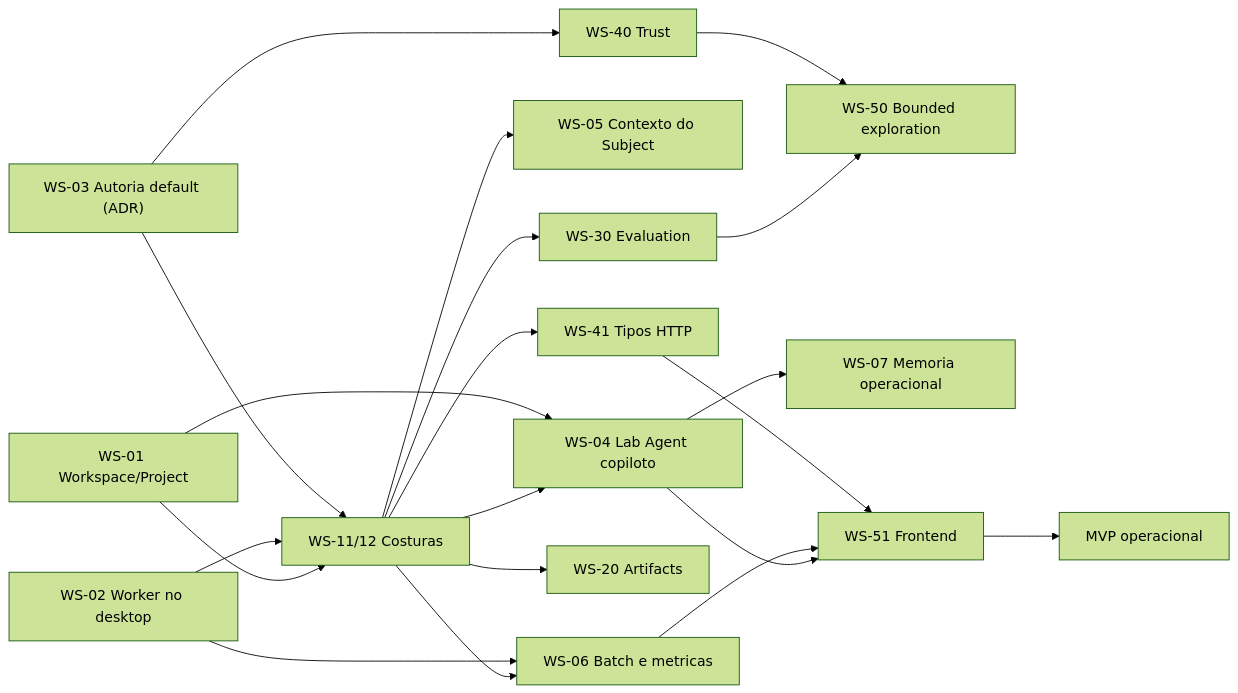
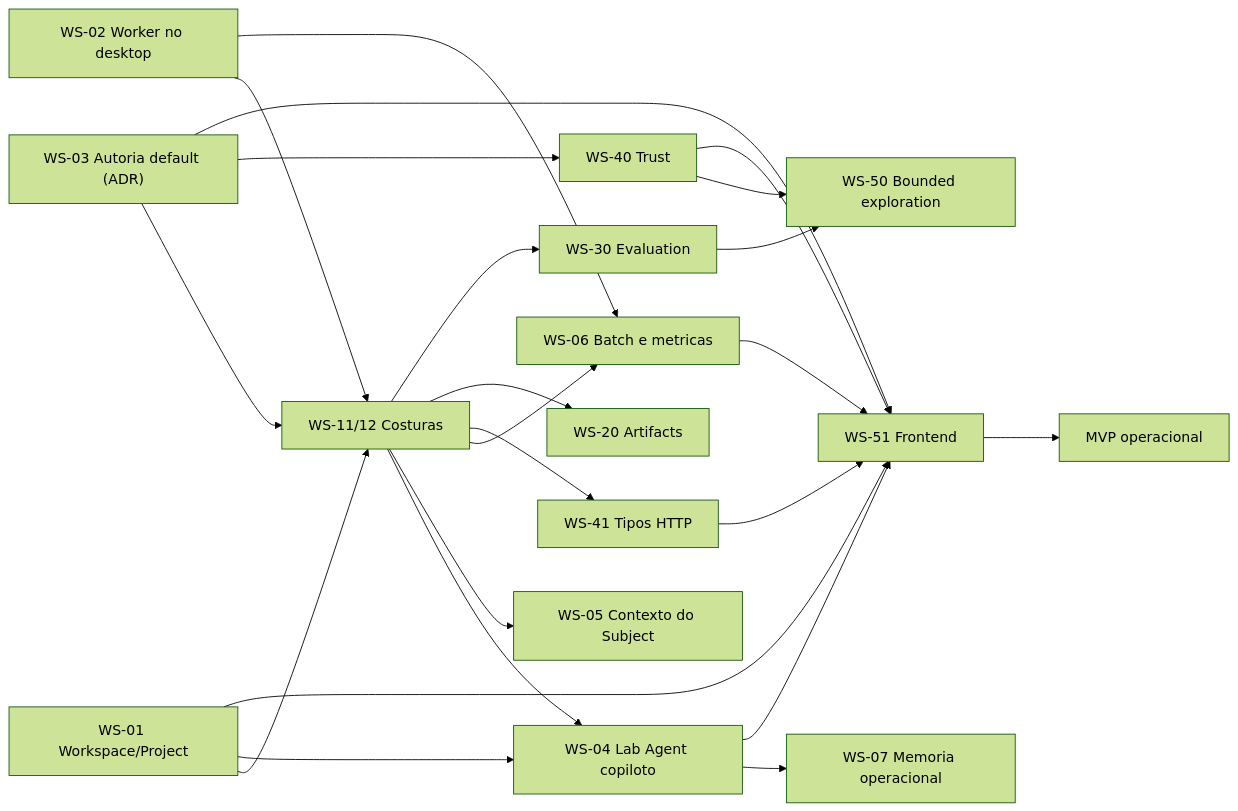
Before and after one commit to levygit837-cyber/evidrun: the diagram in docs/planning/mvp-implementation-roadmap.md, drawn with Mermaid (forest theme). The commit also changed other lines of this file and 33 other files, not shown here.

````diff
--- a/docs/planning/mvp-implementation-roadmap.md
+++ b/docs/planning/mvp-implementation-roadmap.md
@@ -162,22 +169,25 @@
 ```mermaid
 flowchart LR
     W01["WS-01 Workspace/Project"] --> SEAM
     W02["WS-02 Worker no desktop"] --> SEAM
     W03["WS-03 Autoria default (ADR)"] --> SEAM
     SEAM["WS-11/12 Costuras"] --> W04["WS-04 Lab Agent copiloto"]
     SEAM --> W05["WS-05 Contexto do Subject"]
     SEAM --> W06["WS-06 Batch e metricas"]
     SEAM --> W41["WS-41 Tipos HTTP"]
     W01 --> W04
+    W01 --> W51
     W02 --> W06
     W03 --> W40["WS-40 Trust"]
+    W03 --> W51
     SEAM --> W20["WS-20 Artifacts"]
     SEAM --> W30["WS-30 Evaluation"]
     W30 --> W50["WS-50 Bounded exploration"]
     W40 --> W50
+    W40 --> W51
     W04 --> W07["WS-07 Memoria operacional"]
     W04 --> W51["WS-51 Frontend"]
     W06 --> W51
     W41 --> W51
     W51 --> MVP["MVP operacional"]
 ```
````
